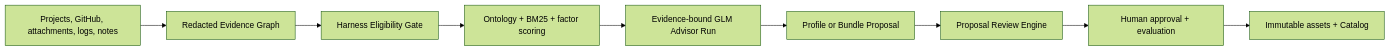
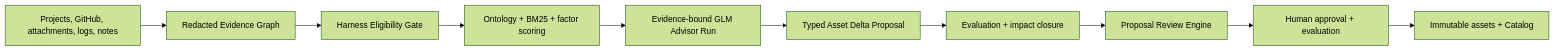
The diagram in README.md (yeliang-wang/evopilot-harness), drawn with Mermaid (forest theme) before and after one commit. The commit also changed other lines of this file and 109 other files, not shown here.

````diff
--- a/README.md
+++ b/README.md
@@ -76,11 +82,12 @@
 ```mermaid
 flowchart LR
   Sources["Projects, GitHub, attachments, logs, notes"] --> Graph["Redacted Evidence Graph"]
   Graph --> Gate["Harness Eligibility Gate"]
   Gate --> Match["Ontology + BM25 + factor scoring"]
   Match --> Advisor["Evidence-bound GLM Advisor Run"]
-  Advisor --> Proposal["Profile or Bundle Proposal"]
-  Proposal --> Review["Proposal Review Engine"]
+  Advisor --> Proposal["Typed Asset Delta Proposal"]
+  Proposal --> Closure["Evaluation + impact closure"]
+  Closure --> Review["Proposal Review Engine"]
   Review --> Human["Human approval + evaluation"]
   Human --> Catalog["Immutable assets + Catalog"]
 ```
````
